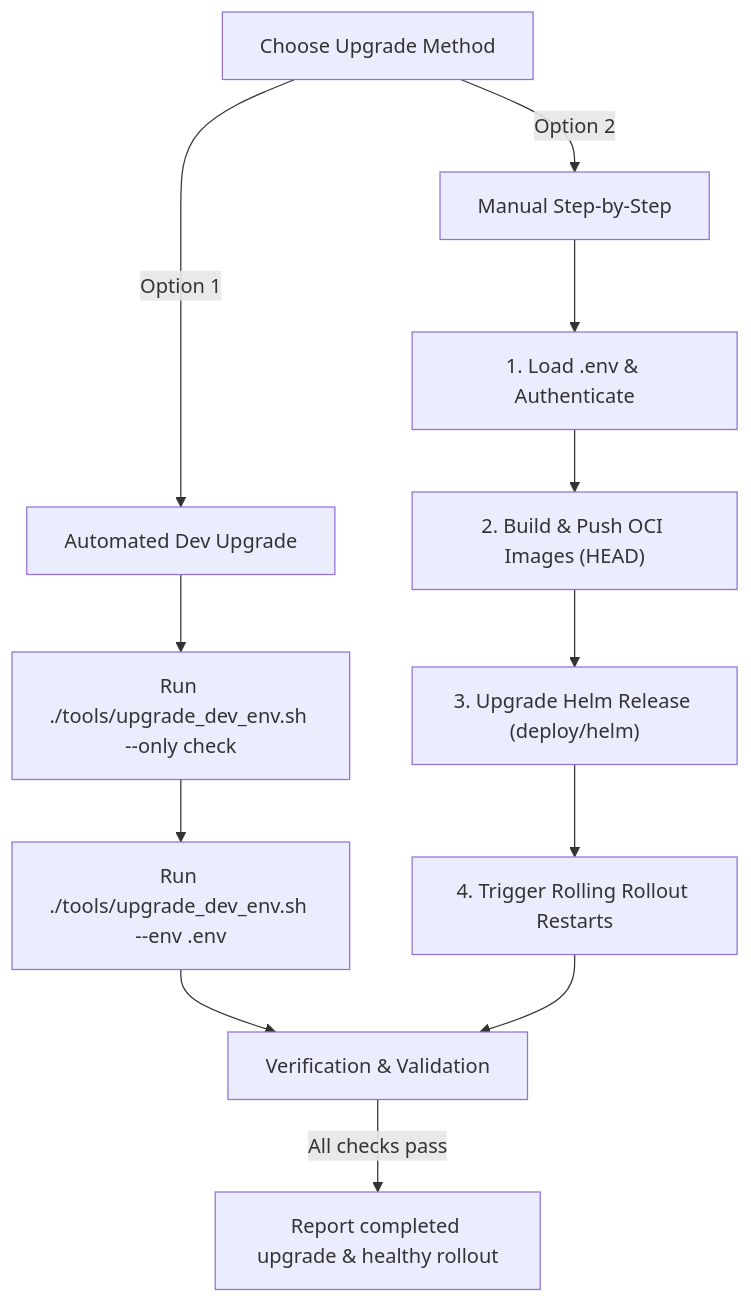
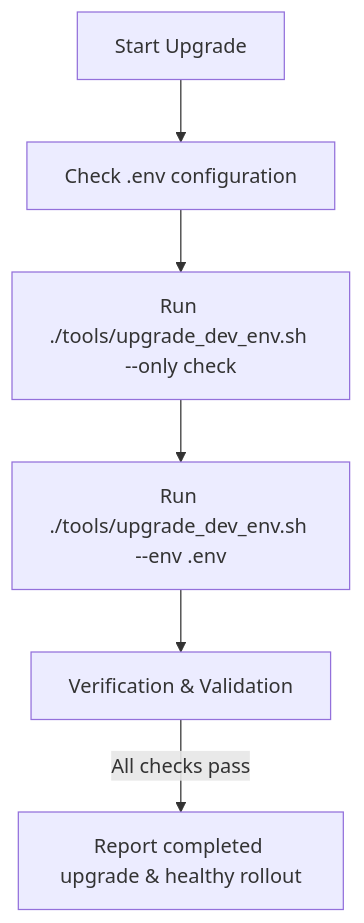
One commit to google/xmc changed the diagram in .agents/skills/upgrade_xmc/SKILL.md. Above: the diagram before and after it, drawn with Mermaid. The commit also changed other lines of this file and 1 other file, not shown here.

````diff
--- a/.agents/skills/upgrade_xmc/SKILL.md
+++ b/.agents/skills/upgrade_xmc/SKILL.md
@@ -18,17 +10,8 @@
 ```mermaid
 graph TD
-    Start[Choose Upgrade Method] -->|Option 1| Auto[Automated Dev Upgrade]
-    Start -->|Option 2| Manual[Manual Step-by-Step]
-    
-    Auto --> CheckRun["Run ./tools/upgrade_dev_env.sh --only check"]
+    Start[Start Upgrade] --> CheckEnv["Check .env configuration"]
+    CheckEnv --> CheckRun["Run ./tools/upgrade_dev_env.sh --only check"]
     CheckRun --> AutoRun["Run ./tools/upgrade_dev_env.sh --env .env"]
     AutoRun --> Verify[Verification & Validation]
-    
-    Manual --> A["1. Load .env & Authenticate"]
-    A --> B["2. Build & Push OCI Images (HEAD)"]
-    B --> C["3. Upgrade Helm Release (deploy/helm)"]
-    C --> D["4. Trigger Rolling Rollout Restarts"]
-    D --> Verify
-    
     Verify -->|All checks pass| L["Report completed upgrade & healthy rollout"]
 ```
````
